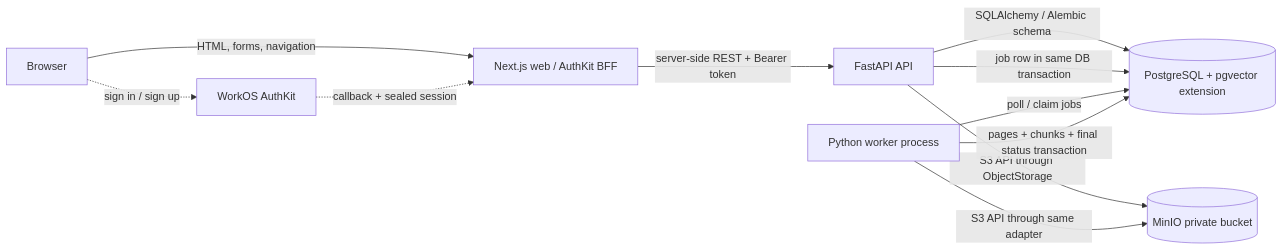
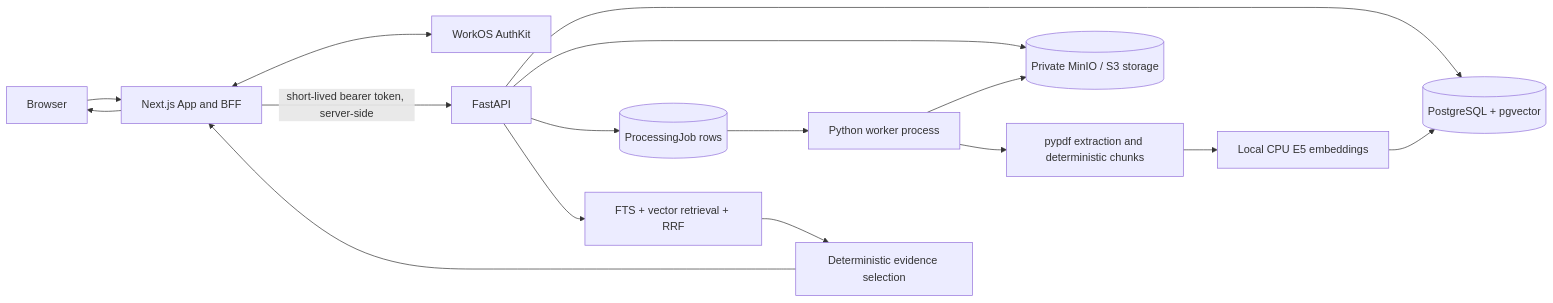
Before and after one commit to iangonsalves/knowflow: the first of 6 diagrams in docs/KNOWFLOW_ENGINEERING_GUIDE.md, drawn with Mermaid. The commit also changed other lines of this file and 27 other files, not shown here.

````diff
--- a/docs/KNOWFLOW_ENGINEERING_GUIDE.md
+++ b/docs/KNOWFLOW_ENGINEERING_GUIDE.md
@@ -13,13 +31,18 @@
 ```mermaid
 flowchart LR
-  B[Browser] -->|HTML, forms, navigation| W[Next.js web / AuthKit BFF]
-  W -->|server-side REST + Bearer token| A[FastAPI API]
-  B -. sign in / sign up .-> O[WorkOS AuthKit]
-  O -. callback + sealed session .-> W
-  A -->|SQLAlchemy / Alembic schema| P[(PostgreSQL + pgvector extension)]
-  A -->|S3 API through ObjectStorage| M[(MinIO private bucket)]
-  A -->|job row in same DB transaction| P
-  R[Python worker process] -->|poll / claim jobs| P
-  R -->|S3 API through same adapter| M
-  R -->|pages + chunks + final status transaction| P
+    B[Browser] --> W[Next.js App and BFF]
+    W <--> O[WorkOS AuthKit]
+    W -->|short-lived bearer token, server-side| A[FastAPI]
+    A --> P[(PostgreSQL + pgvector)]
+    A --> S[(Private MinIO / S3 storage)]
+    A --> J[(ProcessingJob rows)]
+    J --> R[Python worker process]
+    R --> S
+    R --> X[pypdf extraction and deterministic chunks]
+    X --> E[Local CPU E5 embeddings]
+    E --> P
+    A --> H[FTS + vector retrieval + RRF]
+    H --> Q[Deterministic evidence selection]
+    Q --> W
+    W --> B
 ```
````
